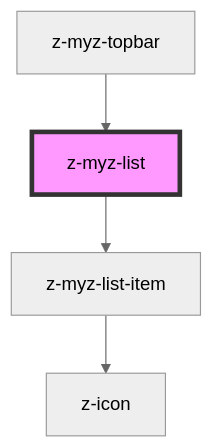
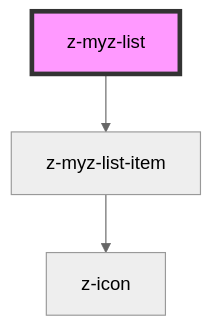
The diagram in src/snowflakes/myz/list/z-myz-list/readme.md (ZanichelliEditore/design-system), drawn with Mermaid (neutral theme) before and after one commit. The commit also changed other lines of this file and 11 other files, not shown here.

Commit message:
MYZ-8665: delete ZMyzTopbar

````diff
--- a/src/snowflakes/myz/list/z-myz-list/readme.md
+++ b/src/snowflakes/myz/list/z-myz-list/readme.md
@@ -33,7 +29,6 @@
 ```mermaid
 graph TD;
   z-myz-list --> z-myz-list-item
   z-myz-list-item --> z-icon
-  z-myz-topbar --> z-myz-list
   style z-myz-list fill:#f9f,stroke:#333,stroke-width:4px
 ```
````
